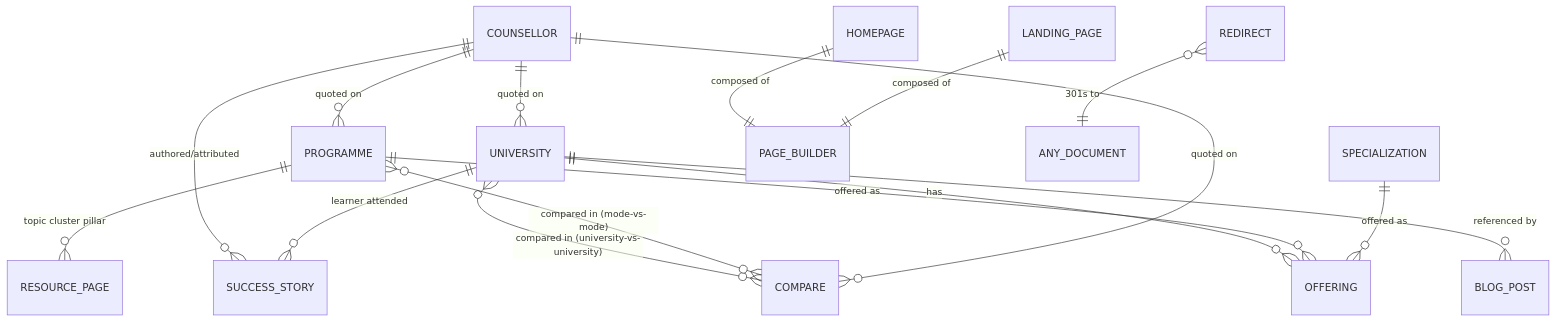
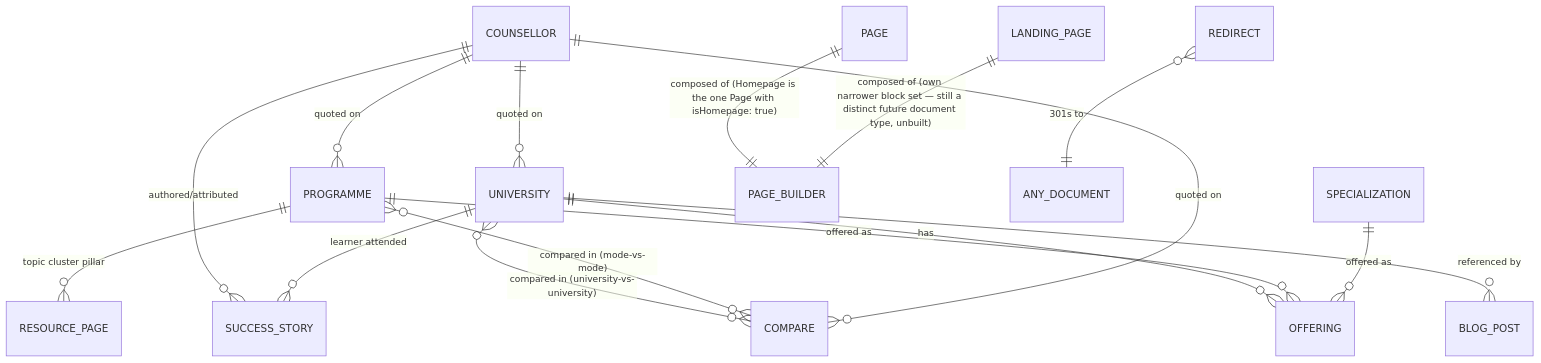
The diagram in DOC/DATA_MODEL.md (dmcnxp-byte/first), drawn with Mermaid before and after one commit. The commit also changed other lines of this file and 149 other files, not shown here.

````diff
--- a/DOC/DATA_MODEL.md
+++ b/DOC/DATA_MODEL.md
@@ -7,18 +7,18 @@
 ```mermaid
 erDiagram
     UNIVERSITY ||--o{ OFFERING : has
     PROGRAMME ||--o{ OFFERING : "offered as"
     SPECIALIZATION ||--o{ OFFERING : "offered as"
     UNIVERSITY }o--o{ COMPARE : "compared in (university-vs-university)"
     PROGRAMME }o--o{ COMPARE : "compared in (mode-vs-mode)"
     COUNSELLOR ||--o{ UNIVERSITY : "quoted on"
     COUNSELLOR ||--o{ PROGRAMME : "quoted on"
     COUNSELLOR ||--o{ COMPARE : "quoted on"
     COUNSELLOR ||--o{ SUCCESS_STORY : "authored/attributed"
     UNIVERSITY ||--o{ SUCCESS_STORY : "learner attended"
     UNIVERSITY ||--o{ BLOG_POST : "referenced by"
     PROGRAMME ||--o{ RESOURCE_PAGE : "topic cluster pillar"
-    HOMEPAGE ||--|| PAGE_BUILDER : "composed of"
-    LANDING_PAGE ||--|| PAGE_BUILDER : "composed of"
+    PAGE ||--|| PAGE_BUILDER : "composed of (Homepage is the one Page with isHomepage: true)"
+    LANDING_PAGE ||--|| PAGE_BUILDER : "composed of (own narrower block set — still a distinct future document type, unbuilt)"
     REDIRECT }o--|| ANY_DOCUMENT : "301s to"
 ```
````
